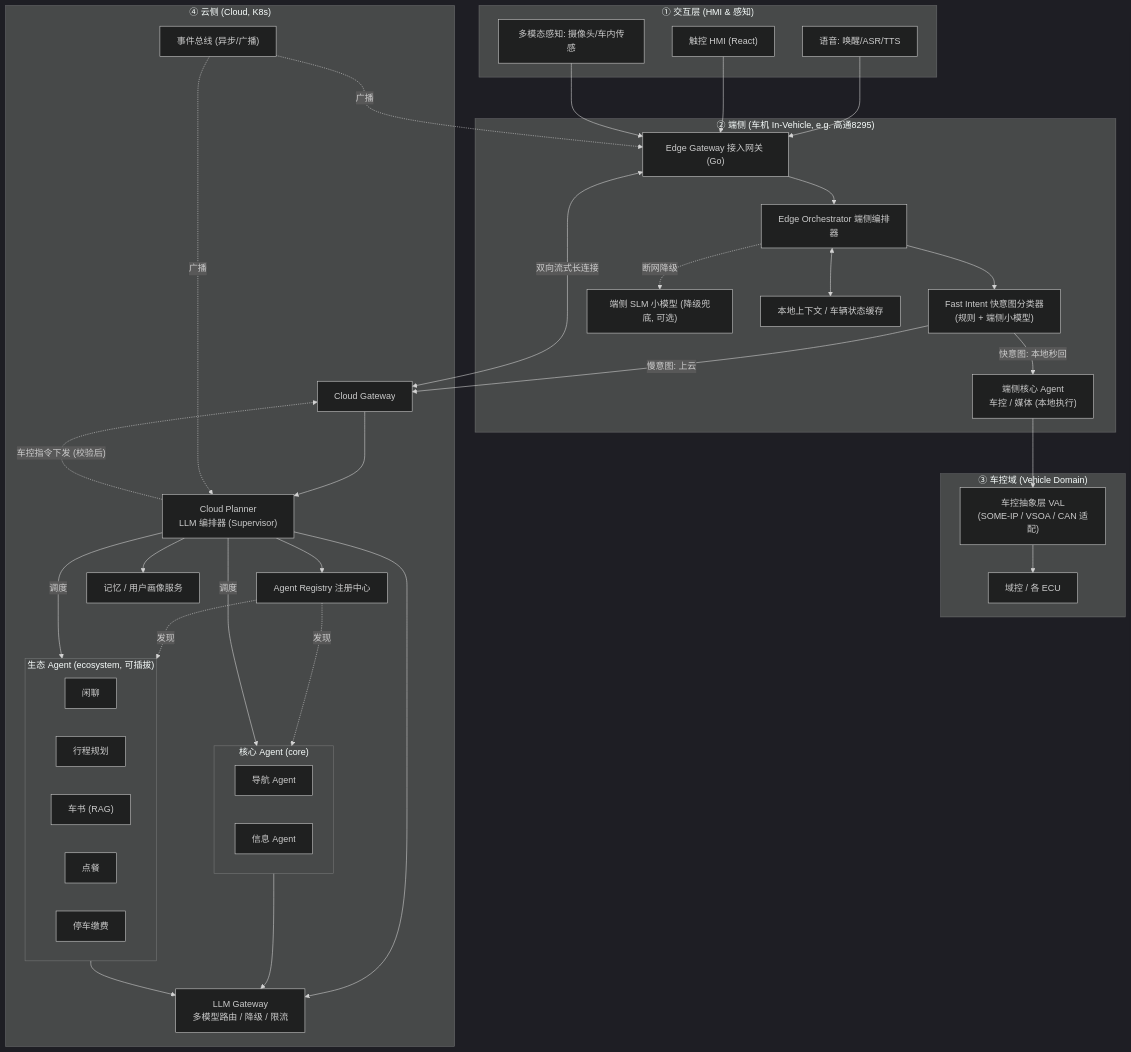
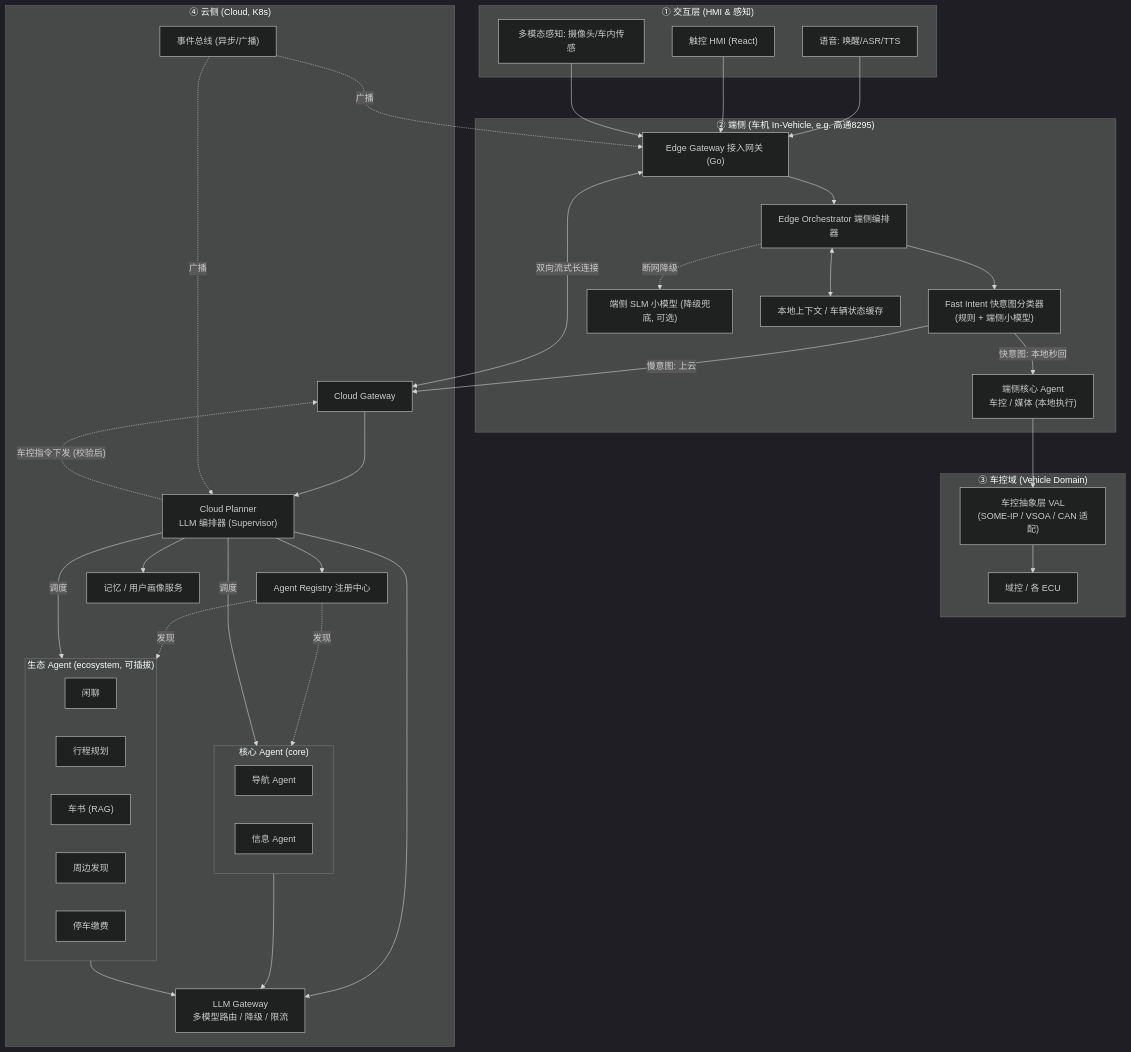
The first of 6 diagrams in docs/architecture/cockpit-agent-architecture.md (SuperdeMan/cockpit-agent), drawn with Mermaid (dark theme) before and after one commit. The commit also changed other lines of this file and 2 other files, not shown here.

````diff
--- a/docs/architecture/cockpit-agent-architecture.md
+++ b/docs/architecture/cockpit-agent-architecture.md
@@ -52,60 +54,60 @@
 ```mermaid
 flowchart TB
     subgraph UI["① 交互层 (HMI & 感知)"]
         Voice["语音: 唤醒/ASR/TTS"]
         Touch["触控 HMI (React)"]
         Sensor["多模态感知: 摄像头/车内传感"]
     end
 
     subgraph EDGE["② 端侧 (车机 In-Vehicle, e.g. 高通8295)"]
         EdgeGW["Edge Gateway 接入网关 (Go)"]
         EdgeOrch["Edge Orchestrator 端侧编排器"]
         FastIntent["Fast Intent 快意图分类器<br/>(规则 + 端侧小模型)"]
         EdgeAgents["端侧核心 Agent<br/>车控 / 媒体 (本地执行)"]
         EdgeLLM["端侧 SLM 小模型 (降级兜底, 可选)"]
         LocalCtx["本地上下文 / 车辆状态缓存"]
     end
 
     subgraph VEH["③ 车控域 (Vehicle Domain)"]
         VAL["车控抽象层 VAL<br/>(SOME-IP / VSOA / CAN 适配)"]
         ECU["域控 / 各 ECU"]
     end
 
     subgraph CLOUD["④ 云侧 (Cloud, K8s)"]
         CloudGW["Cloud Gateway"]
         Planner["Cloud Planner<br/>LLM 编排器 (Supervisor)"]
         LLMGW["LLM Gateway<br/>多模型路由 / 降级 / 限流"]
         Registry["Agent Registry 注册中心"]
         Memory["记忆 / 用户画像服务"]
         Bus["事件总线 (异步/广播)"]
 
         subgraph CORE["核心 Agent (core)"]
             NavA["导航 Agent"]
             InfoA["信息 Agent"]
         end
         subgraph ECO["生态 Agent (ecosystem, 可插拔)"]
             ChatA["闲聊"]
             TripA["行程规划"]
             ManualA["车书 (RAG)"]
-            FoodA["点餐"]
+            NearA["周边发现"]
             ParkA["停车缴费"]
         end
     end
 
     Voice & Touch & Sensor --> EdgeGW
     EdgeGW --> EdgeOrch --> FastIntent
     FastIntent -->|"快意图: 本地秒回"| EdgeAgents --> VAL --> ECU
     FastIntent -->|"慢意图: 上云"| CloudGW
     EdgeOrch -.->|"断网降级"| EdgeLLM
     EdgeOrch <--> LocalCtx
     CloudGW <-->|"双向流式长连接"| EdgeGW
     CloudGW --> Planner
     Planner --> LLMGW
     Planner --> Registry
     Planner --> Memory
     Registry -.发现.-> CORE & ECO
     Planner -->|"调度"| CORE & ECO
     CORE & ECO --> LLMGW
     Planner -.->|"车控指令下发 (校验后)"| CloudGW
     Bus -.广播.-> Planner & EdgeGW
 ```
````
